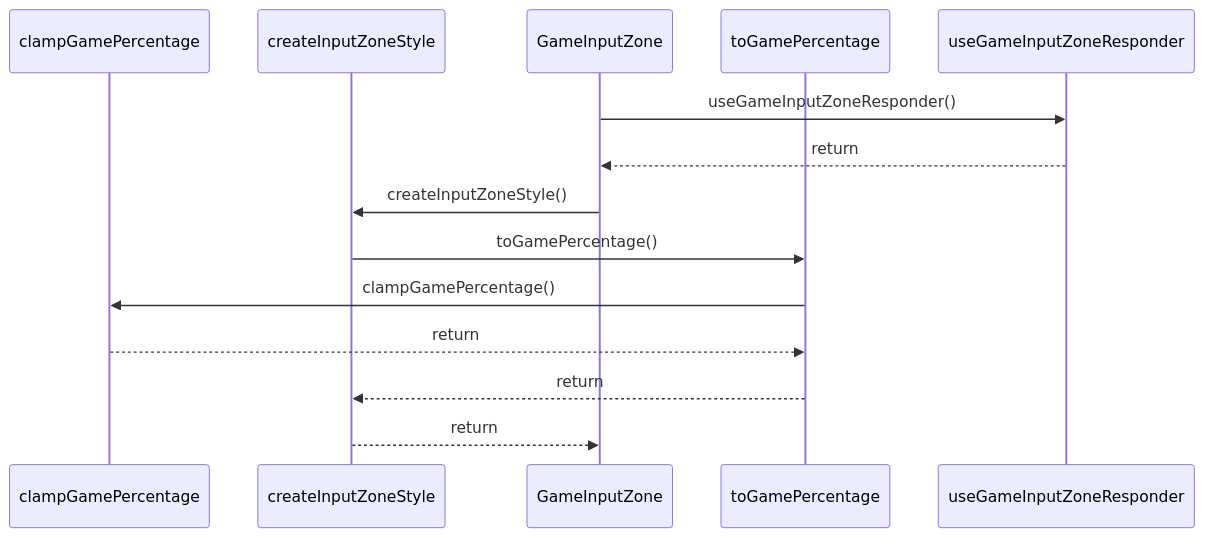
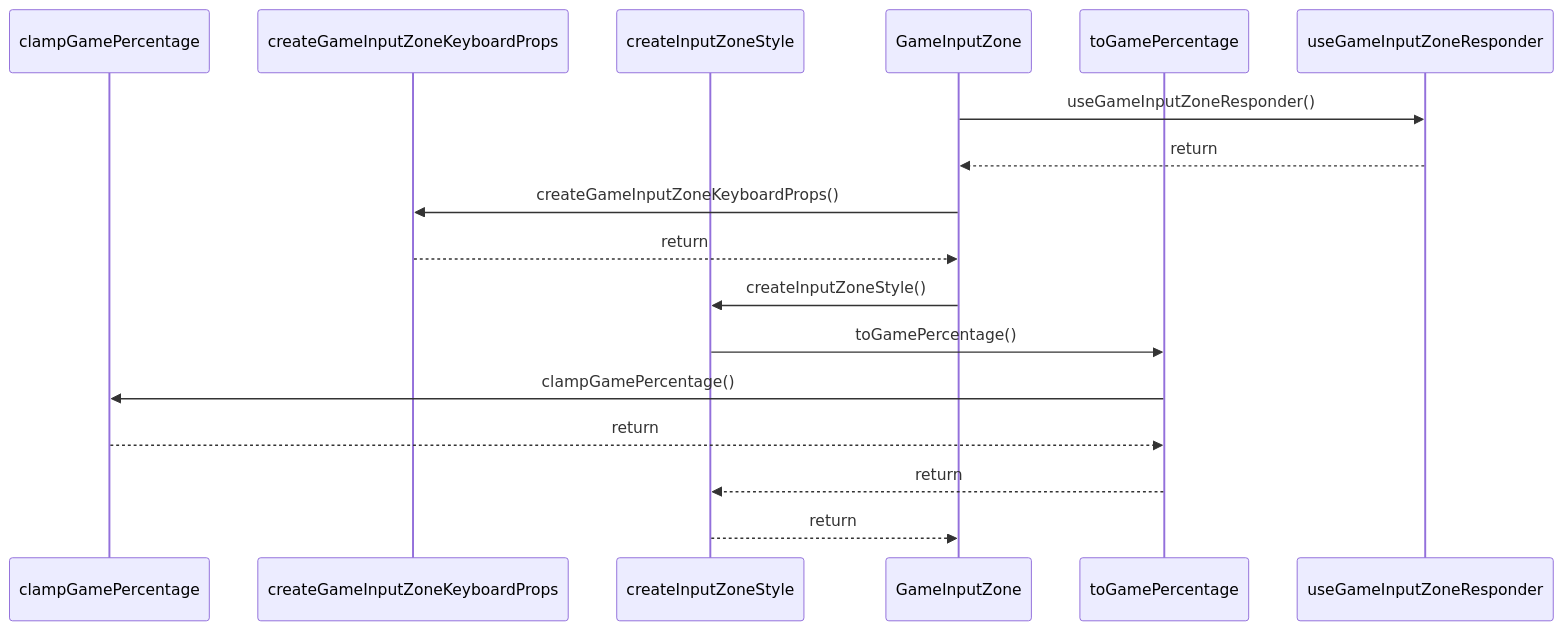
One commit to ankhorage/zora-game changed the diagram in paradox/diagrams/sequences/game-input-zone.mmd. Above: the diagram before and after it, drawn with Mermaid. The commit also changed 13 other files, not shown here.

```diff
--- a/paradox/diagrams/sequences/game-input-zone.mmd
+++ b/paradox/diagrams/sequences/game-input-zone.mmd
@@ -1,14 +1,17 @@
 sequenceDiagram
   participant participant_clampGamePercentage as clampGamePercentage
+  participant participant_createGameInputZoneKeyboardProps as createGameInputZoneKeyboardProps
   participant participant_createInputZoneStyle as createInputZoneStyle
   participant participant_GameInputZone as GameInputZone
   participant participant_toGamePercentage as toGamePercentage
   participant participant_useGameInputZoneResponder as useGameInputZoneResponder
   participant_GameInputZone->>participant_useGameInputZoneResponder: useGameInputZoneResponder()
   participant_useGameInputZoneResponder-->>participant_GameInputZone: return
+  participant_GameInputZone->>participant_createGameInputZoneKeyboardProps: createGameInputZoneKeyboardProps()
+  participant_createGameInputZoneKeyboardProps-->>participant_GameInputZone: return
   participant_GameInputZone->>participant_createInputZoneStyle: createInputZoneStyle()
   participant_createInputZoneStyle->>participant_toGamePercentage: toGamePercentage()
   participant_toGamePercentage->>participant_clampGamePercentage: clampGamePercentage()
   participant_clampGamePercentage-->>participant_toGamePercentage: return
   participant_toGamePercentage-->>participant_createInputZoneStyle: return
   participant_createInputZoneStyle-->>participant_GameInputZone: return
```
